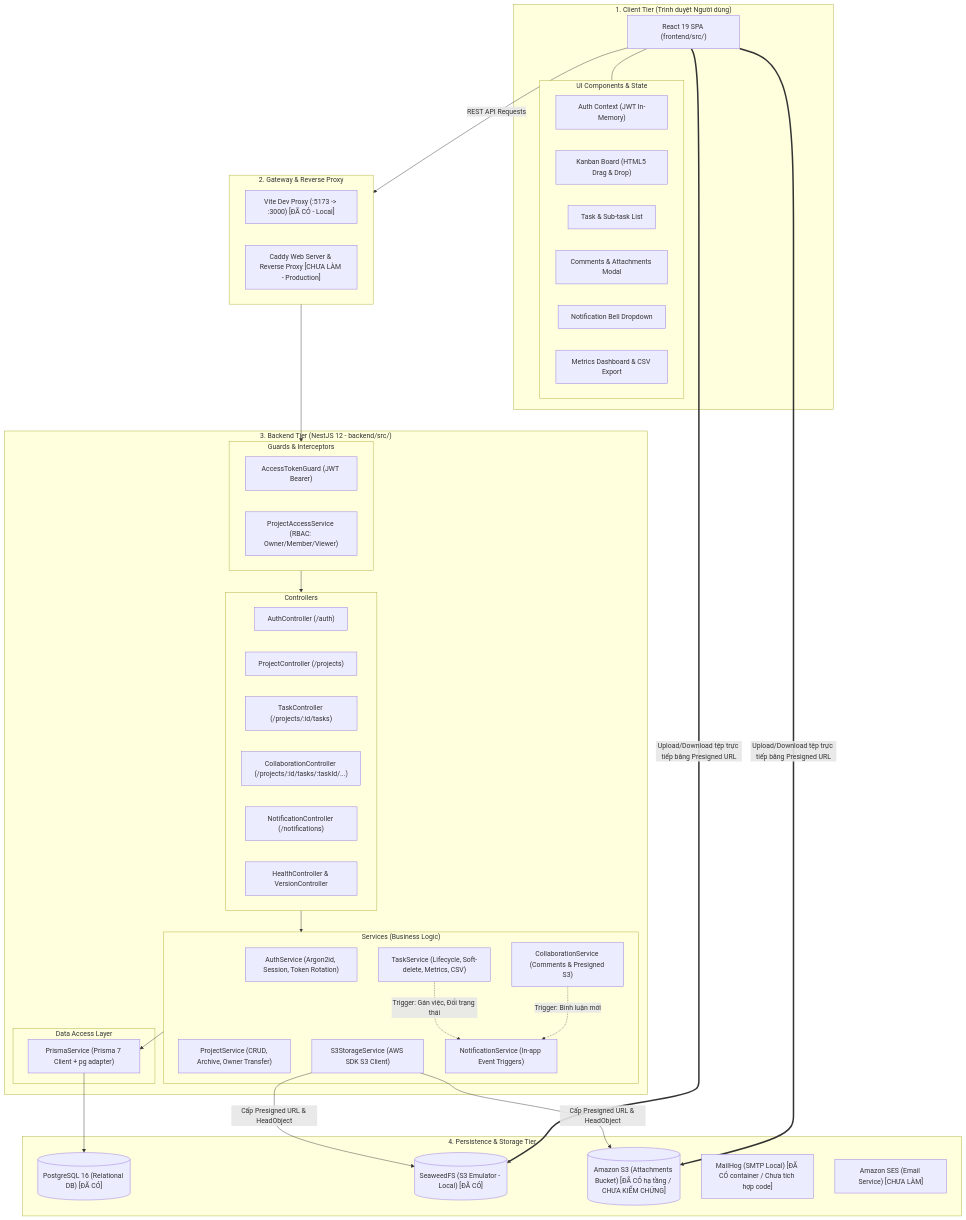
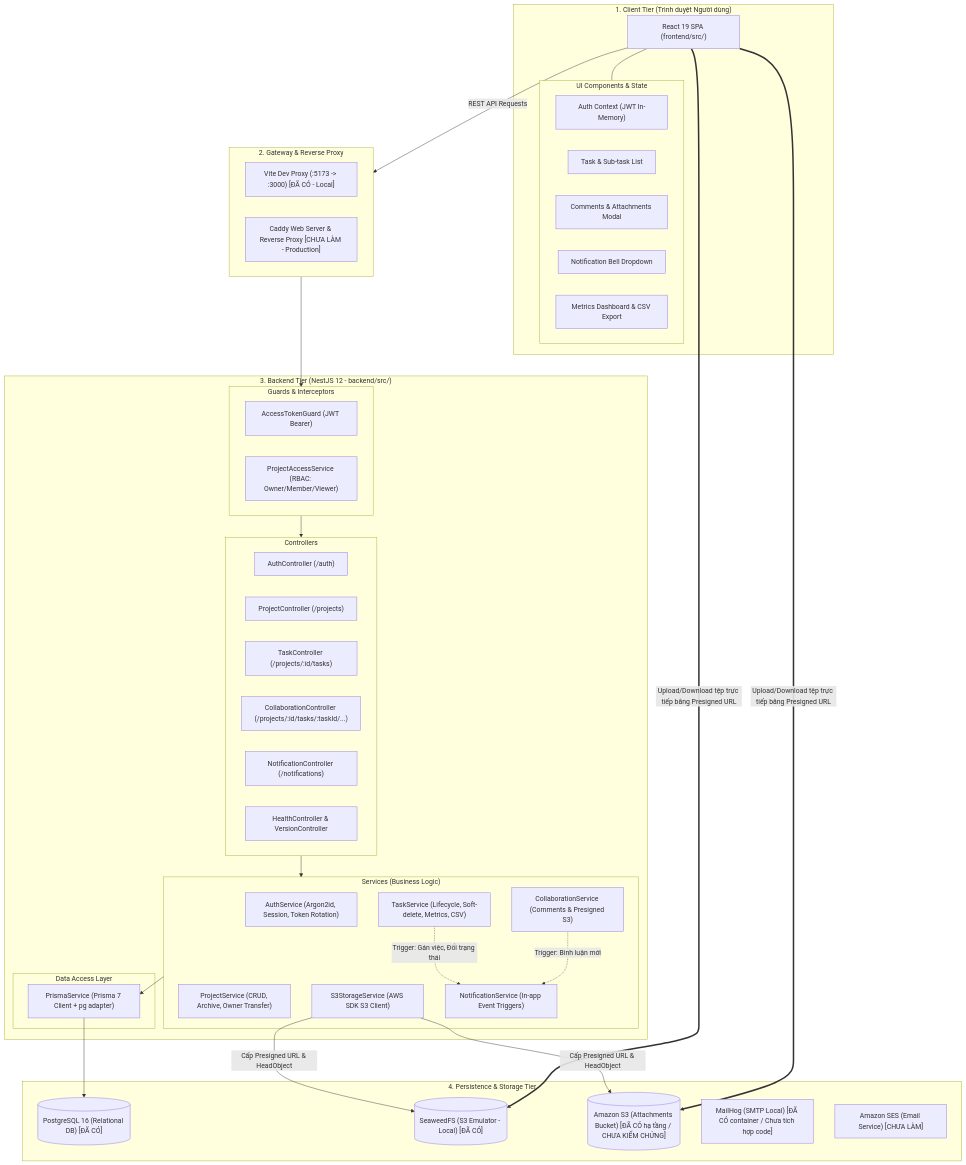
The diagram in docs/architecture/system-design.md (Vu-Trung-Kien/taskflow), drawn with Mermaid before and after one commit. The commit also changed other lines of this file and 31 other files, not shown here.

````diff
--- a/docs/architecture/system-design.md
+++ b/docs/architecture/system-design.md
@@ -11,77 +11,76 @@
 ```mermaid
 flowchart TD
     subgraph ClientTier ["1. Client Tier (Trình duyệt Người dùng)"]
         ReactApp["React 19 SPA (frontend/src/)"]
         subgraph UIComponents ["UI Components & State"]
             AuthContext["Auth Context (JWT In-Memory)"]
-            KanbanView["Kanban Board (HTML5 Drag & Drop)"]
             TaskView["Task & Sub-task List"]
             CollabView["Comments & Attachments Modal"]
             NotifDropdown["Notification Bell Dropdown"]
             DashboardView["Metrics Dashboard & CSV Export"]
         end
         ReactApp --- UIComponents
     end
 
     subgraph GatewayTier ["2. Gateway & Reverse Proxy"]
         ViteProxy["Vite Dev Proxy (:5173 -> :3000) [ĐÃ CÓ - Local]"]
         CaddyProxy["Caddy Web Server & Reverse Proxy [CHƯA LÀM - Production]"]
     end
 
     subgraph BackendTier ["3. Backend Tier (NestJS 12 - backend/src/)"]
         subgraph GuardsLayer ["Guards & Interceptors"]
             TokenGuard["AccessTokenGuard (JWT Bearer)"]
             AccessService["ProjectAccessService (RBAC: Owner/Member/Viewer)"]
         end
 
         subgraph ControllerLayer ["Controllers"]
             AuthController["AuthController (/auth)"]
             ProjectController["ProjectController (/projects)"]
             TaskController["TaskController (/projects/:id/tasks)"]
             CollabController["CollaborationController (/projects/:id/tasks/:taskId/...)"]
             NotifController["NotificationController (/notifications)"]
             HealthController["HealthController & VersionController"]
         end
 
         subgraph ServiceLayer ["Services (Business Logic)"]
             AuthService["AuthService (Argon2id, Session, Token Rotation)"]
             ProjectService["ProjectService (CRUD, Archive, Owner Transfer)"]
             TaskService["TaskService (Lifecycle, Soft-delete, Metrics, CSV)"]
             CollabService["CollaborationService (Comments & Presigned S3)"]
             S3StorageService["S3StorageService (AWS SDK S3 Client)"]
             NotifService["NotificationService (In-app Event Triggers)"]
         end
 
         subgraph DataAccessLayer ["Data Access Layer"]
             PrismaSvc["PrismaService (Prisma 7 Client + pg adapter)"]
         end
     end
 
     subgraph PersistenceTier ["4. Persistence & Storage Tier"]
         PostgresDB[("PostgreSQL 16 (Relational DB) [ĐÃ CÓ]")]
         SeaweedStore[("SeaweedFS (S3 Emulator - Local) [ĐÃ CÓ]")]
         AWSS3Store[("Amazon S3 (Attachments Bucket) [ĐÃ CÓ hạ tầng / CHƯA KIỂM CHỨNG]")]
         MailHogSvc["MailHog (SMTP Local) [ĐÃ CÓ container / Chưa tích hợp code]"]
         AWSSES["Amazon SES (Email Service) [CHƯA LÀM]"]
     end
 
     %% Luồng kết nối
     ReactApp -->|REST API Requests| GatewayTier
     GatewayTier --> GuardsLayer
     GuardsLayer --> ControllerLayer
     ControllerLayer --> ServiceLayer
     
     %% Kích hoạt thông báo liên module
     TaskService -.->|Trigger: Gán việc, Đổi trạng thái| NotifService
     CollabService -.->|Trigger: Bình luận mới| NotifService
     
     %% Tầng dữ liệu
     ServiceLayer --> PrismaSvc
     PrismaSvc --> PostgresDB
     
     %% Tương tác tệp đính kèm trực tiếp S3
     S3StorageService -->|Cấp Presigned URL & HeadObject| SeaweedStore
     S3StorageService -->|Cấp Presigned URL & HeadObject| AWSS3Store
     ReactApp ==>|Upload/Download tệp trực tiếp bằng Presigned URL| SeaweedStore
     ReactApp ==>|Upload/Download tệp trực tiếp bằng Presigned URL| AWSS3Store
 ```
````
